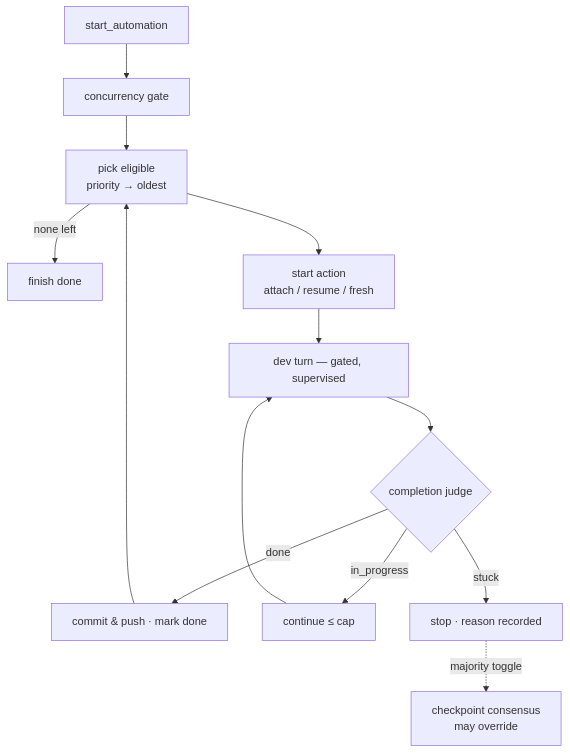
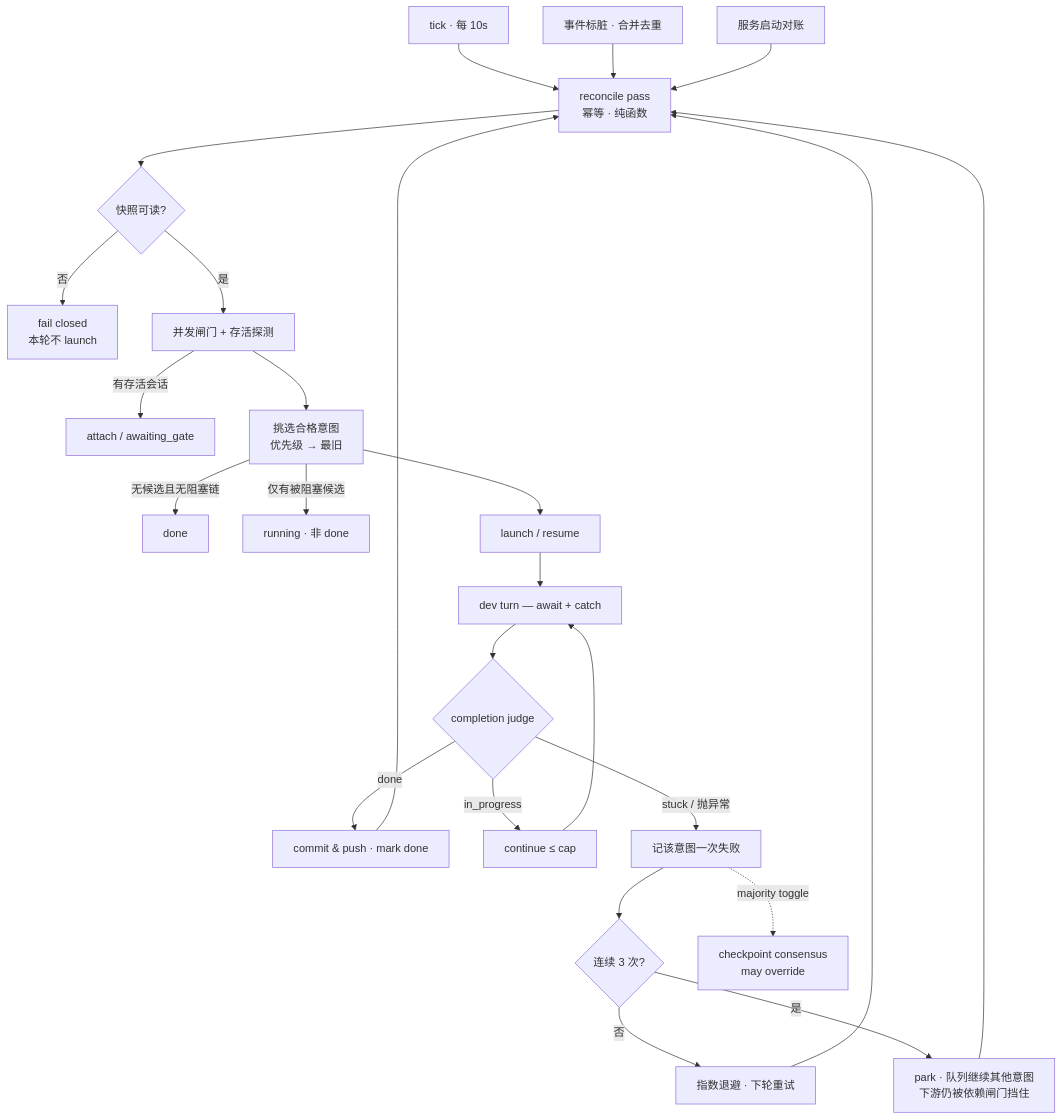
One commit to sequencestream/c3 changed the diagram in doc/flows/flow-automation-orchestrator.md. Above: the diagram before and after it, drawn with Mermaid. The commit also changed other lines of this file and 49 other files, not shown here.

Commit message:
feat: 自动化队列换用确定性调度内核:tick 对账 + 单意图失败隔离 + 决策可观测(零 LLM)

````diff
--- a/doc/flows/flow-automation-orchestrator.md
+++ b/doc/flows/flow-automation-orchestrator.md
@@ -16,15 +21,27 @@
 ```mermaid
 flowchart TD
-    START[start_automation] --> GATE[concurrency gate]
-    GATE --> PICK[pick eligible<br/>priority → oldest]
-    PICK -- none left --> DONE[finish done]
-    PICK --> ACT[start action<br/>attach / resume / fresh]
-    ACT --> DEVT[dev turn — gated, supervised]
+    T1[tick · 每 10s] --> P
+    T2[事件标脏 · 合并去重] --> P
+    T3[服务启动对账] --> P
+    P[reconcile pass<br/>幂等 · 纯函数] --> SNAP{快照可读?}
+    SNAP -- 否 --> FC[fail closed<br/>本轮不 launch]
+    SNAP -- 是 --> GATE[并发闸门 + 存活探测]
+    GATE -- 有存活会话 --> ATT[attach / awaiting_gate]
+    GATE --> PICK[挑选合格意图<br/>优先级 → 最旧]
+    PICK -- 无候选且无阻塞链 --> DONE[done]
+    PICK -- 仅有被阻塞候选 --> RUN[running · 非 done]
+    PICK --> ACT[launch / resume]
+    ACT --> DEVT[dev turn — await + catch]
     DEVT --> J{completion judge}
     J -- done --> CP[commit & push · mark done]
     J -- in_progress --> CONT[continue ≤ cap]
-    J -- stuck --> STOP[stop · reason recorded]
+    J -- stuck / 抛异常 --> FAIL[记该意图一次失败]
     CONT --> DEVT
-    CP --> PICK
-    STOP -. majority toggle .-> CC[checkpoint consensus<br/>may override]
+    FAIL --> BO{连续 3 次?}
+    BO -- 否 --> BACK[指数退避 · 下轮重试]
+    BO -- 是 --> PARK[park · 队列继续其他意图<br/>下游仍被依赖闸门挡住]
+    CP --> P
+    BACK --> P
+    PARK --> P
+    FAIL -. majority toggle .-> CC[checkpoint consensus<br/>may override]
 ```
````
